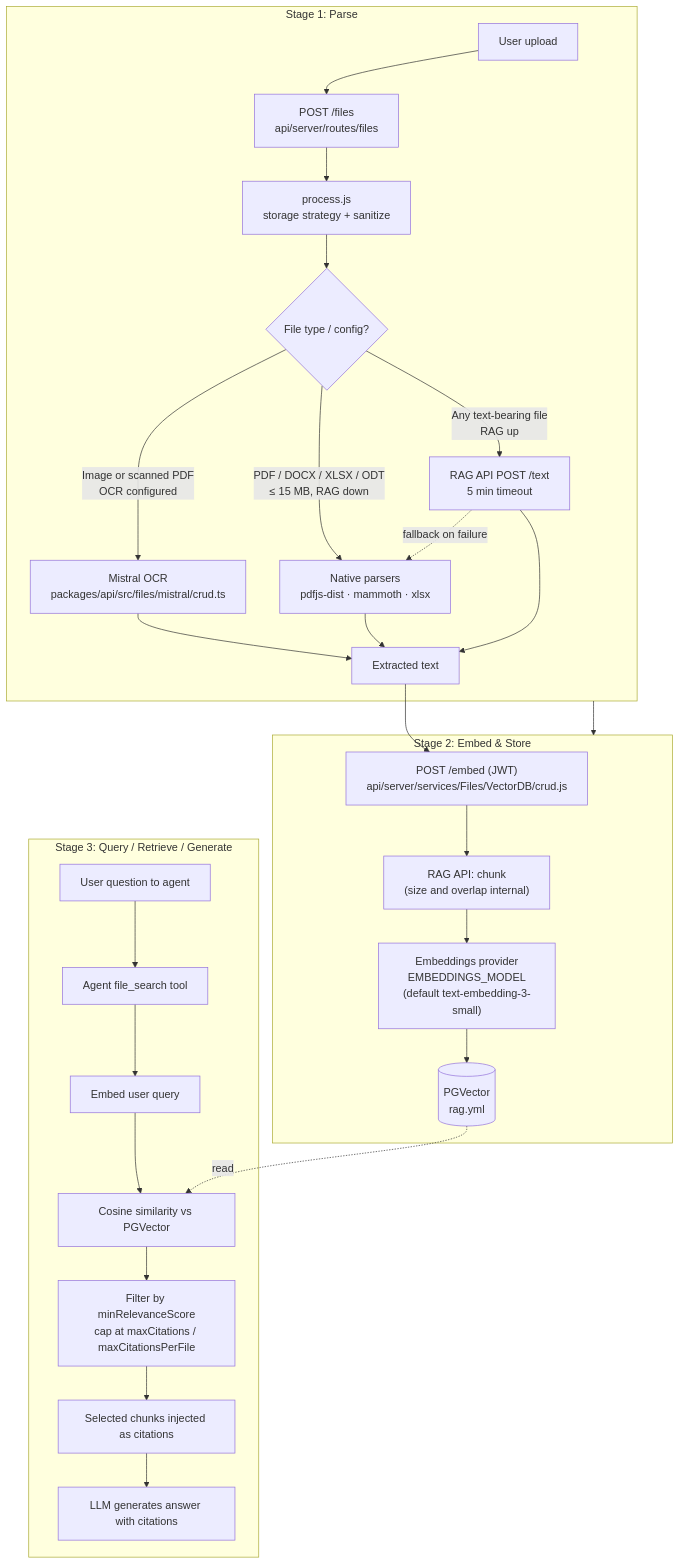
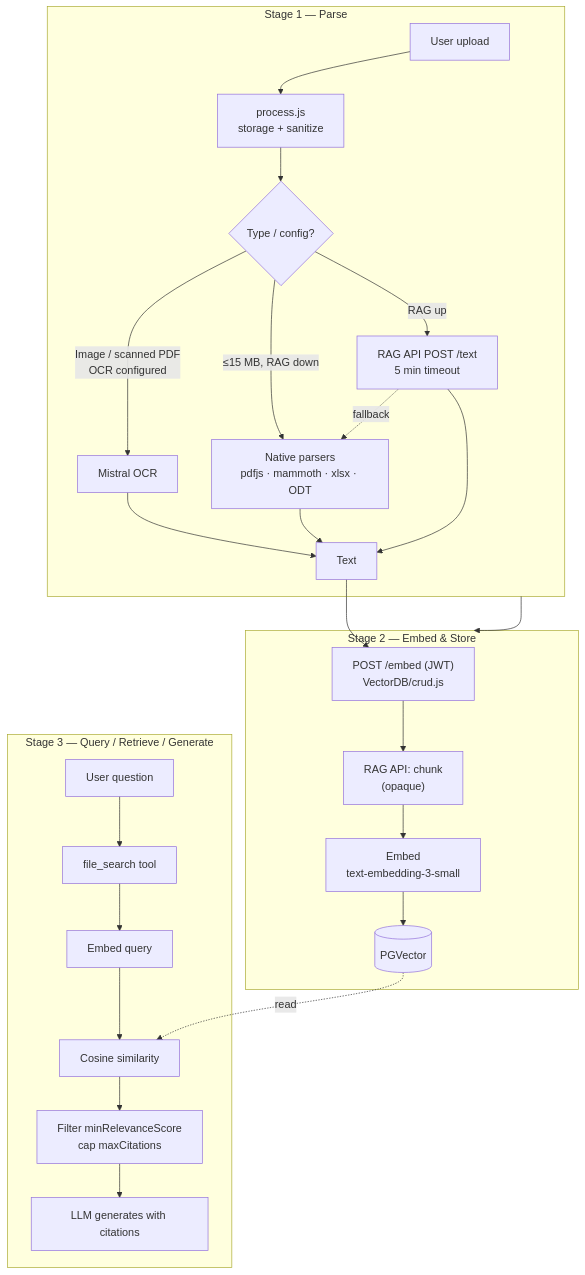
The diagram in docs/rag-platform-guide.md (Vitowitsch/LibreChat), drawn with Mermaid before and after one commit. The commit also changed other lines of this file and 1 other file, not shown here.

````diff
--- a/docs/rag-platform-guide.md
+++ b/docs/rag-platform-guide.md
@@ -17,34 +7,29 @@
 ```mermaid
 flowchart TB
-    subgraph S1["Stage 1: Parse"]
-        U[User upload] --> R["POST /files<br/>api/server/routes/files"]
-        R --> P["process.js<br/>storage strategy + sanitize"]
-        P --> H{File type / config?}
-        H -->|Image or scanned PDF<br/>OCR configured| OCR["Mistral OCR<br/>packages/api/src/files/mistral/crud.ts"]
-        H -->|PDF / DOCX / XLSX / ODT<br/>≤ 15 MB, RAG down| NAT["Native parsers<br/>pdfjs-dist · mammoth · xlsx"]
-        H -->|Any text-bearing file<br/>RAG up| RAG_T["RAG API POST /text<br/>5 min timeout"]
-        RAG_T -. fallback on failure .-> NAT
-        OCR --> TXT[Extracted text]
+    subgraph S1["Stage 1 — Parse"]
+        U[User upload] --> P["process.js<br/>storage + sanitize"]
+        P --> H{Type / config?}
+        H -->|Image / scanned PDF<br/>OCR configured| OCR["Mistral OCR"]
+        H -->|≤15 MB, RAG down| NAT["Native parsers<br/>pdfjs · mammoth · xlsx · ODT"]
+        H -->|RAG up| RAG_T["RAG API POST /text<br/>5 min timeout"]
+        RAG_T -. fallback .-> NAT
+        OCR --> TXT[Text]
         NAT --> TXT
         RAG_T --> TXT
     end
-
-    subgraph S2["Stage 2: Embed & Store"]
-        TXT --> EMB_REQ["POST /embed (JWT)<br/>api/server/services/Files/VectorDB/crud.js"]
-        EMB_REQ --> CHUNK["RAG API: chunk<br/>(size and overlap internal)"]
-        CHUNK --> EMB["Embeddings provider<br/>EMBEDDINGS_MODEL<br/>(default text-embedding-3-small)"]
-        EMB --> PG[("PGVector<br/>rag.yml")]
+    subgraph S2["Stage 2 — Embed & Store"]
+        TXT --> EMB_REQ["POST /embed (JWT)<br/>VectorDB/crud.js"]
+        EMB_REQ --> CHUNK["RAG API: chunk<br/>(opaque)"]
+        CHUNK --> EMB["Embed<br/>text-embedding-3-small"]
+        EMB --> PG[("PGVector")]
     end
-
-    subgraph S3["Stage 3: Query / Retrieve / Generate"]
-        Q[User question to agent] --> FS["Agent file_search tool"]
-        FS --> QE[Embed user query]
-        QE --> SIM[Cosine similarity vs PGVector]
-        SIM --> FILT["Filter by minRelevanceScore<br/>cap at maxCitations / maxCitationsPerFile"]
-        FILT --> CTX[Selected chunks injected as citations]
-        CTX --> GEN[LLM generates answer with citations]
+    subgraph S3["Stage 3 — Query / Retrieve / Generate"]
+        Q[User question] --> FS[file_search tool]
+        FS --> QE[Embed query]
+        QE --> SIM[Cosine similarity]
+        SIM --> FILT["Filter minRelevanceScore<br/>cap maxCitations"]
+        FILT --> GEN[LLM generates with citations]
     end
-
     S1 --> S2
     PG -. read .-> SIM
 ```
````
